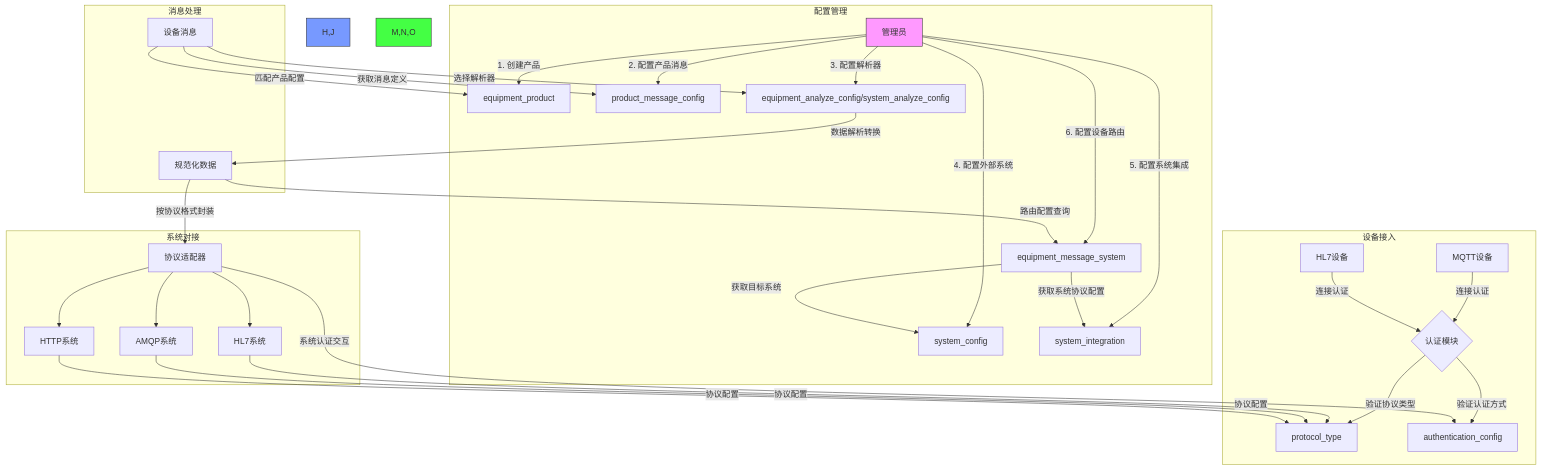
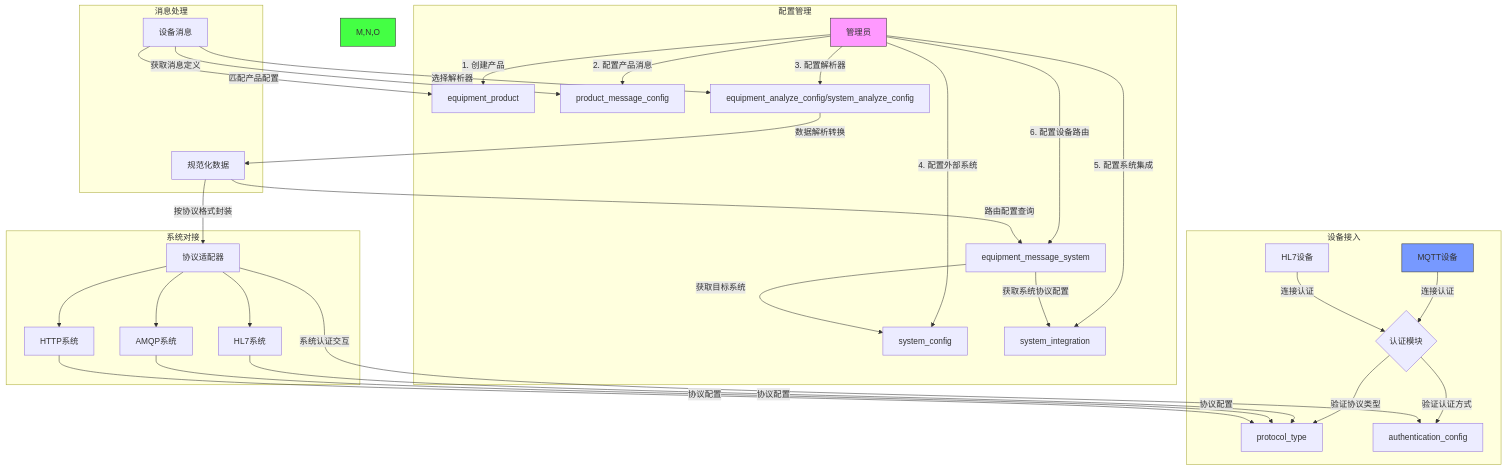
The diagram in all/未命名-6.md (fuyong859050943/iodraw-files), drawn with Mermaid before and after one commit.

Commit message:
2025-02-25 19:43:15 update

````diff
--- a/all/未命名-6.md
+++ b/all/未命名-6.md
@@ -1,43 +1,43 @@
 ```mermaid
 flowchart TD
     subgraph 配置管理
         A[管理员] -->|1. 创建产品| B[equipment_product]
         A -->|2. 配置产品消息| C[product_message_config]
         A -->|3. 配置解析器| D[equipment_analyze_config/system_analyze_config]
         A -->|4. 配置外部系统| E[system_config]
         A -->|5. 配置系统集成| F[system_integration]
         A -->|6. 配置设备路由| G[equipment_message_system]
     end
     
     subgraph 设备接入
         H[MQTT设备] -->|连接认证| I{认证模块}
         J[HL7设备] -->|连接认证| I
         I -->|验证协议类型| protocol_type
         I -->|验证认证方式| authentication_config
     end
     
     subgraph 消息处理
         K[设备消息] -->|匹配产品配置| B
         K -->|获取消息定义| C
         K -->|选择解析器| D
         D -->|数据解析转换| L[规范化数据]
         L -->|路由配置查询| G
         G -->|获取目标系统| E
         G -->|获取系统协议配置| F
     end
     
     subgraph 系统对接
         M[HL7系统] -->|协议配置| protocol_type
         N[AMQP系统] -->|协议配置| protocol_type
         O[HTTP系统] -->|协议配置| protocol_type
         L -->|按协议格式封装| P[协议适配器]
         P -->|系统认证交互| authentication_config
         P --> M
         P --> N
         P --> O
     end
     
     style A fill:#f9f,stroke:#333
-    style H,J fill:#79f,stroke:#333
+    style H fill:#79f,stroke:#333
     style M,N,O fill:#4f4,stroke:#333
 ```
````
